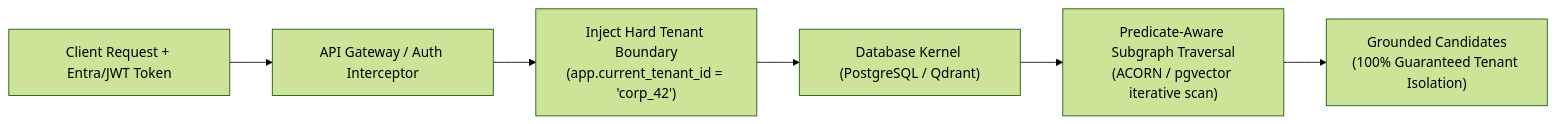
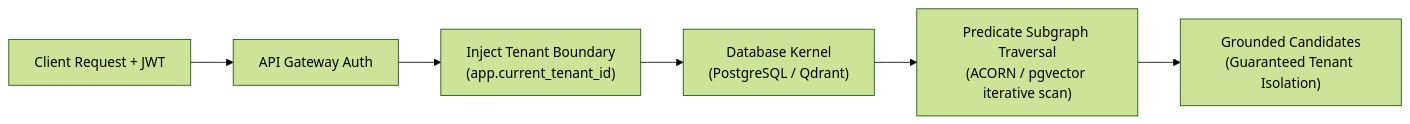
Before and after one commit to dip4k/senior-engineer-to-ai-engineer-roadmap: the second of 4 diagrams in 02-rag-and-knowledge-systems/05-predicate-filtering-and-acorn.md, drawn with Mermaid (forest theme). The commit also changed other lines of this file and 10 other files, not shown here.

````diff
--- a/02-rag-and-knowledge-systems/05-predicate-filtering-and-acorn.md
+++ b/02-rag-and-knowledge-systems/05-predicate-filtering-and-acorn.md
@@ -62,8 +64,8 @@
 ```mermaid
 flowchart LR
-    User["Client Request + Entra/JWT Token"] --> Gateway["API Gateway / Auth Interceptor"]
-    Gateway --> Inject["Inject Hard Tenant Boundary<br>(app.current_tenant_id = 'corp_42')"]
-    Inject --> StorageEngine["Database Kernel (PostgreSQL / Qdrant)"]
-    StorageEngine --> Traversal["Predicate-Aware Subgraph Traversal<br>(ACORN / pgvector iterative scan)"]
-    Traversal --> ZeroLeakage["Grounded Candidates<br>(100% Guaranteed Tenant Isolation)"]
+    User["Client Request + JWT"] --> Gateway["API Gateway Auth"]
+    Gateway --> Inject["Inject Tenant Boundary<br>(app.current_tenant_id)"]
+    Inject --> StorageEngine["Database Kernel<br>(PostgreSQL / Qdrant)"]
+    StorageEngine --> Traversal["Predicate Subgraph Traversal<br>(ACORN / pgvector iterative scan)"]
+    Traversal --> ZeroLeakage["Grounded Candidates<br>(Guaranteed Tenant Isolation)"]
 ```
````
